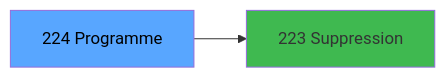
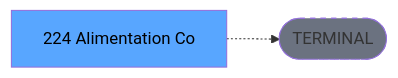
One commit to thonyAGP/lecteur-magic changed the third of 3 diagrams in .openspec/renders/ADH-IDE-224.md. Above: the diagram before and after it, drawn with Mermaid. The commit also changed other lines of this file and 701 other files, not shown here.

````diff
--- a/.openspec/renders/ADH-IDE-224.md
+++ b/.openspec/renders/ADH-IDE-224.md
@@ -141,8 +134,8 @@
 ```mermaid
 graph LR
-    T[224 Programme]
-    C223[223 Suppression ]
-    T --> C223
+    T[224 Alimentation Co]
+    TERM([TERMINAL])
+    T -.-> TERM
+    style TERM fill:#6b7280,stroke-dasharray: 5 5
     style T fill:#58a6ff,color:#000
-    style C223 fill:#3fb950
 ```
````
